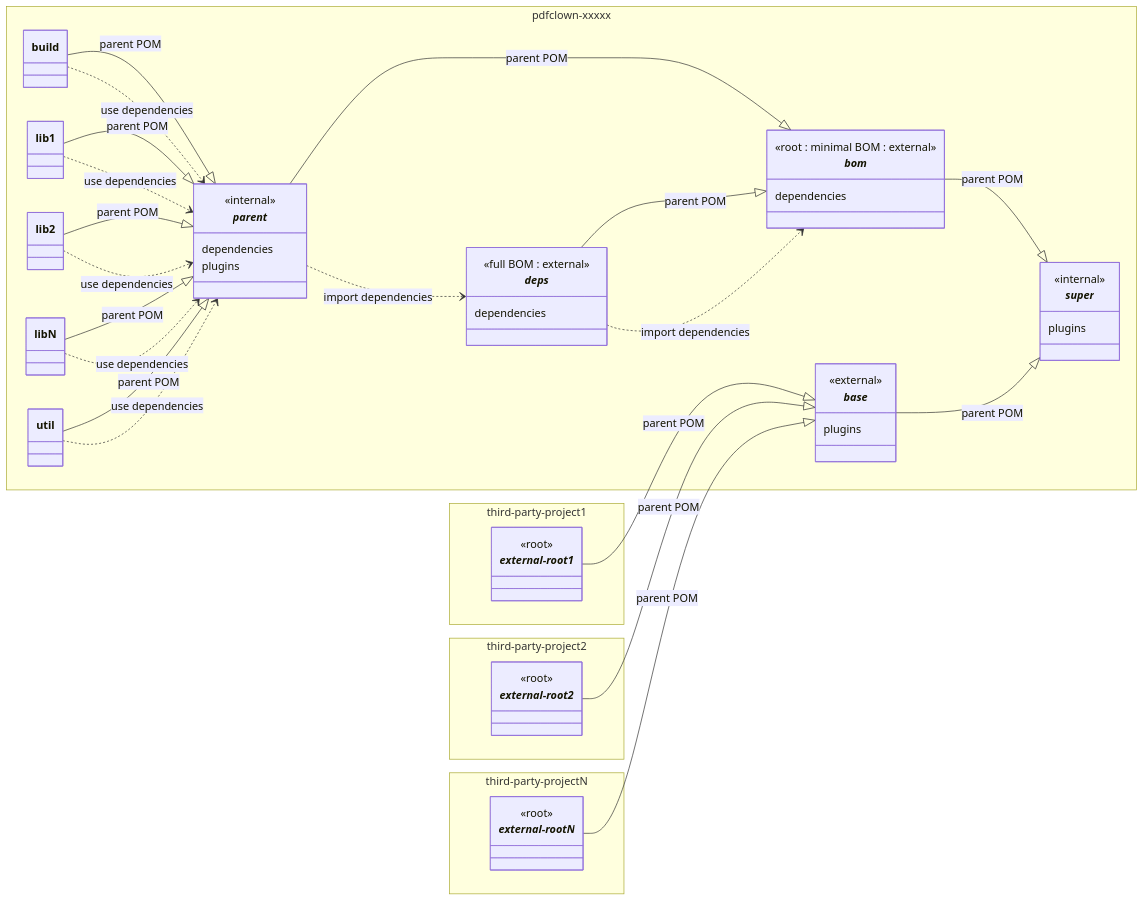
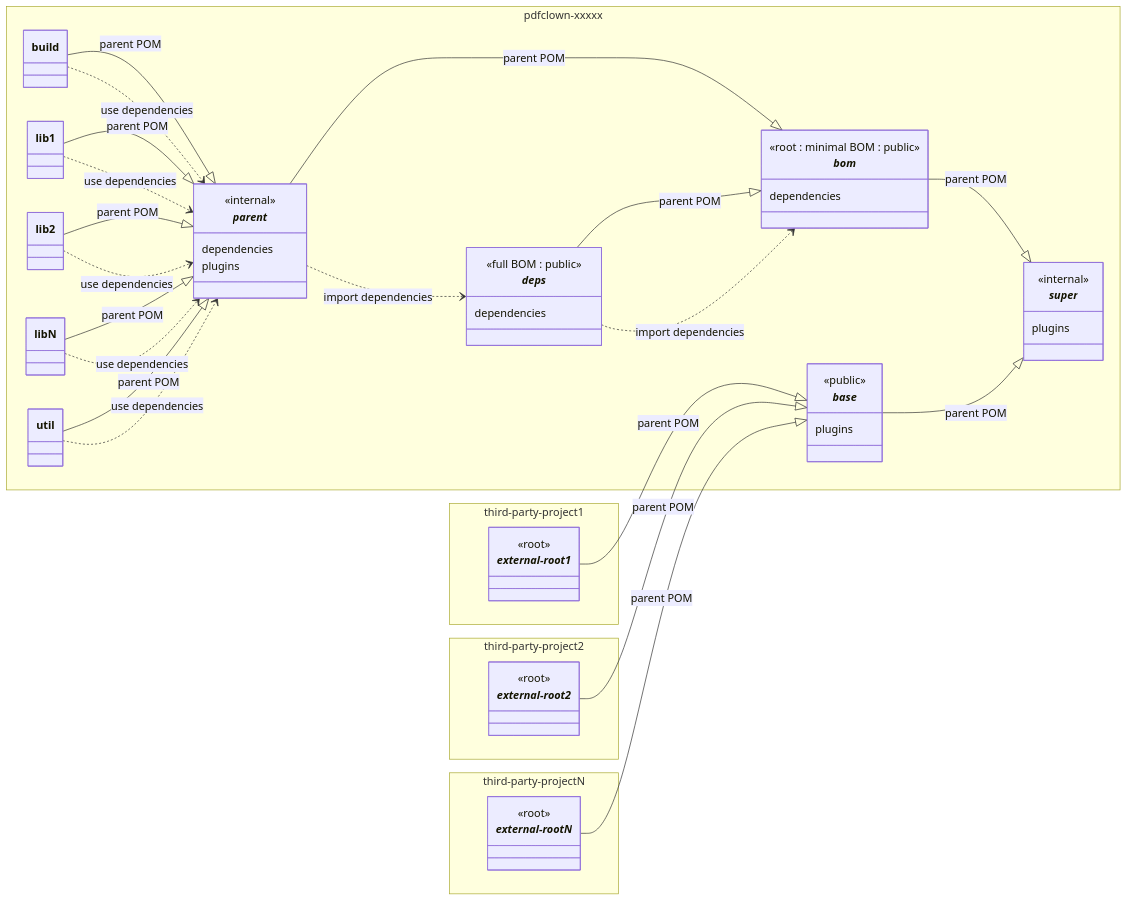
Before and after one commit to pdfclown/pdfclown-common: the diagram in docs/res/images/project-hierarchy.md, drawn with Mermaid. The commit also changed 2 other files, not shown here.

Commit message:
docs: revise "Project Structure" conventions

````diff
--- a/docs/res/images/project-hierarchy.md
+++ b/docs/res/images/project-hierarchy.md
@@ -1,70 +1,70 @@
 ```mermaid
 classDiagram
     direction LR
     namespace pdfclown-xxxxx {
       class _base_ {
-          <<external>>
+          <<public>>
           plugins
       }
       class _bom_ {
-          <<root : minimal BOM : external>>
+          <<root : minimal BOM : public>>
           dependencies
       }
       class build
       class _deps_ {
-          <<full BOM : external>>
+          <<full BOM : public>>
           dependencies
       }
       class lib1
       class lib2
       class libN
       class _parent_ {
           <<internal>>
           dependencies
           plugins
       }
       class _super_ {
           <<internal>>
           plugins
       }
       class util
     }
     namespace third-party-project1 {
       class _external-root1_{
           <<root>>
       }
     }
     namespace third-party-project2 {
       class _external-root2_{
           <<root>>
       }
     }
     namespace third-party-projectN {
       class _external-rootN_{
           <<root>>
       }
     }
 
     %% Inheritance relationships (child --|> parent)
     _bom_ --|> _super_ : parent POM
     _deps_ --|> _bom_ : parent POM
     _parent_ --|> _bom_ : parent POM
     _base_ --|> _super_ : parent POM
     build --|> _parent_ : parent POM
     util --|> _parent_ : parent POM
     lib1 --|> _parent_ : parent POM
     lib2 --|> _parent_ : parent POM
     libN --|> _parent_ : parent POM
     _external-root1_ --|> _base_ : parent POM
     _external-root2_ --|> _base_ : parent POM
     _external-rootN_ --|> _base_ : parent POM
 
     %% Dependency imports, usages and other relationships
     _parent_ ..> _deps_ : import dependencies
     _deps_ ..> _bom_ : import dependencies
     build ..> _parent_ : use dependencies
     util ..> _parent_ : use dependencies
     lib1 ..> _parent_ : use dependencies
     lib2 ..> _parent_ : use dependencies
     libN ..> _parent_ : use dependencies
 ```
````
